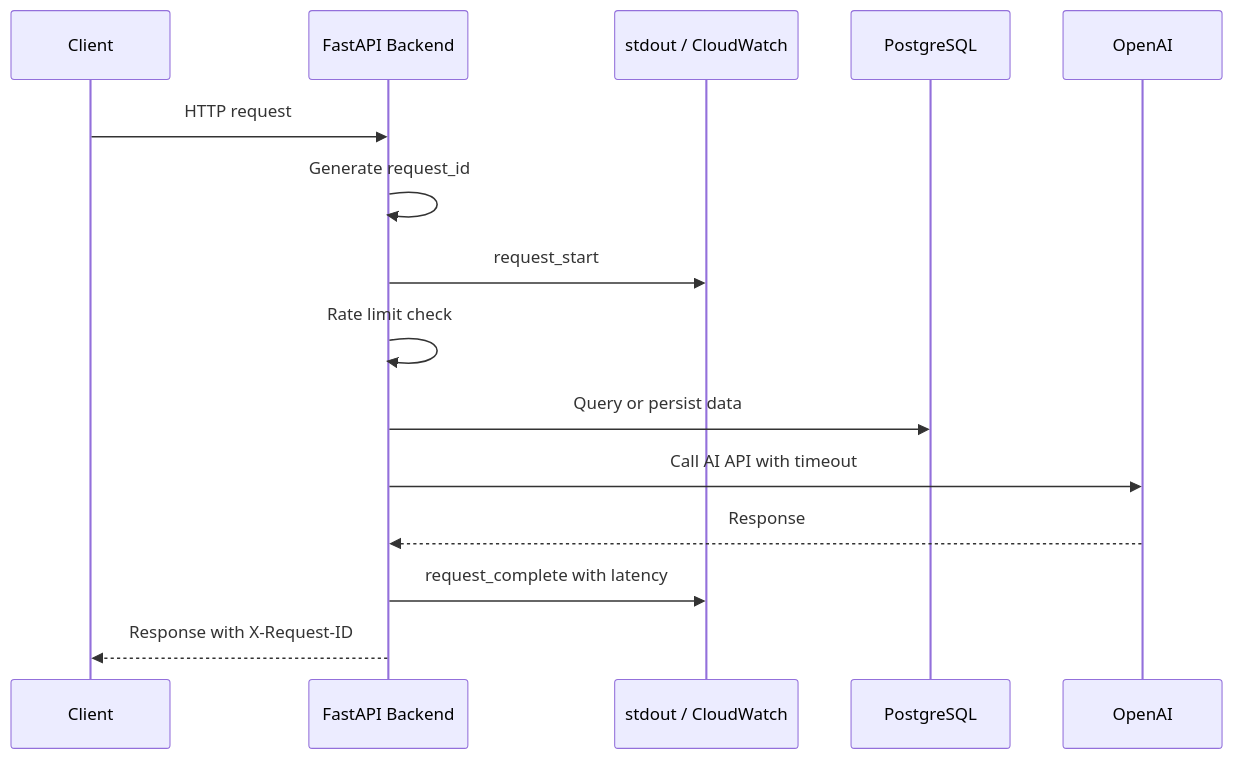
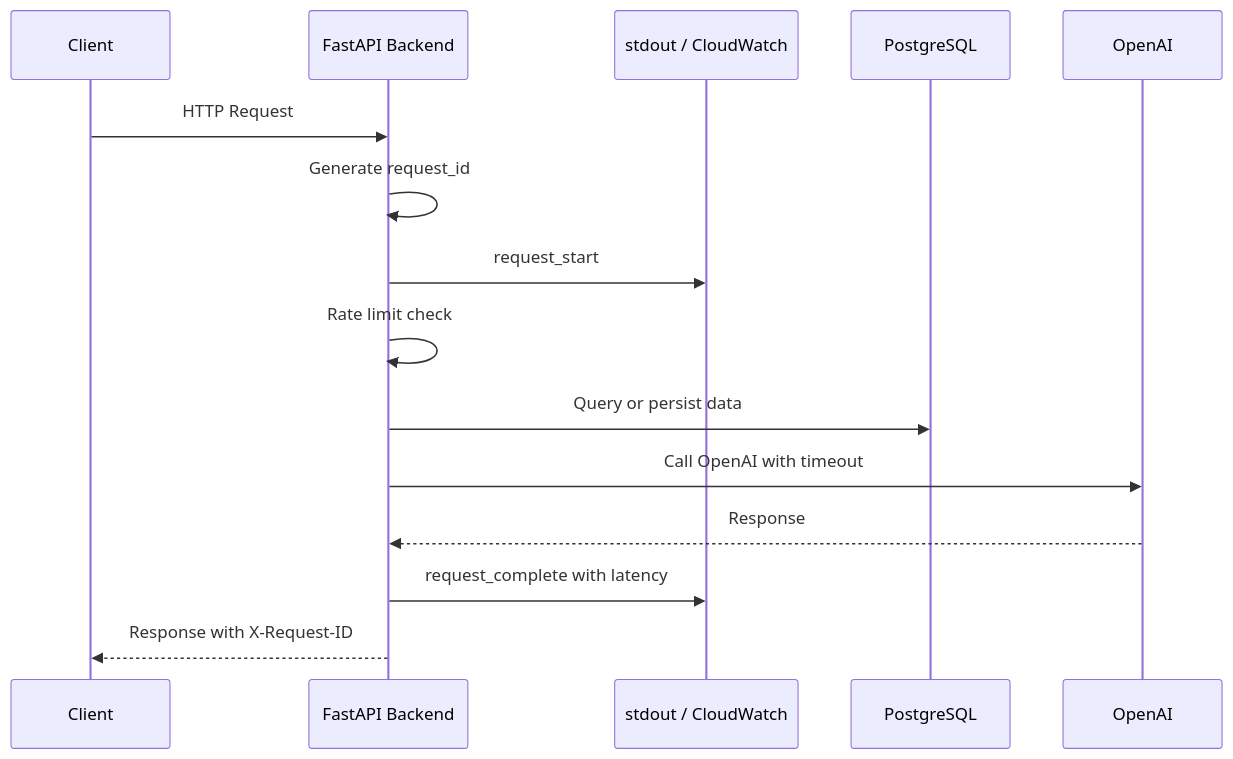
Before and after one commit to wangxx1412/ai-workspace-platform: the sixth of 6 diagrams in docs/architecture.md, drawn with Mermaid. The commit also changed other lines of this file and 2 other files, not shown here.

````diff
--- a/docs/architecture.md
+++ b/docs/architecture.md
@@ -261,18 +154,18 @@
 ```mermaid
 sequenceDiagram
     participant Client
     participant Backend as FastAPI Backend
     participant Logs as stdout / CloudWatch
     participant DB as PostgreSQL
     participant OpenAI
 
-    Client->>Backend: HTTP request
+    Client->>Backend: HTTP Request
     Backend->>Backend: Generate request_id
     Backend->>Logs: request_start
     Backend->>Backend: Rate limit check
     Backend->>DB: Query or persist data
-    Backend->>OpenAI: Call AI API with timeout
+    Backend->>OpenAI: Call OpenAI with timeout
     OpenAI-->>Backend: Response
     Backend->>Logs: request_complete with latency
     Backend-->>Client: Response with X-Request-ID
 ```
````
